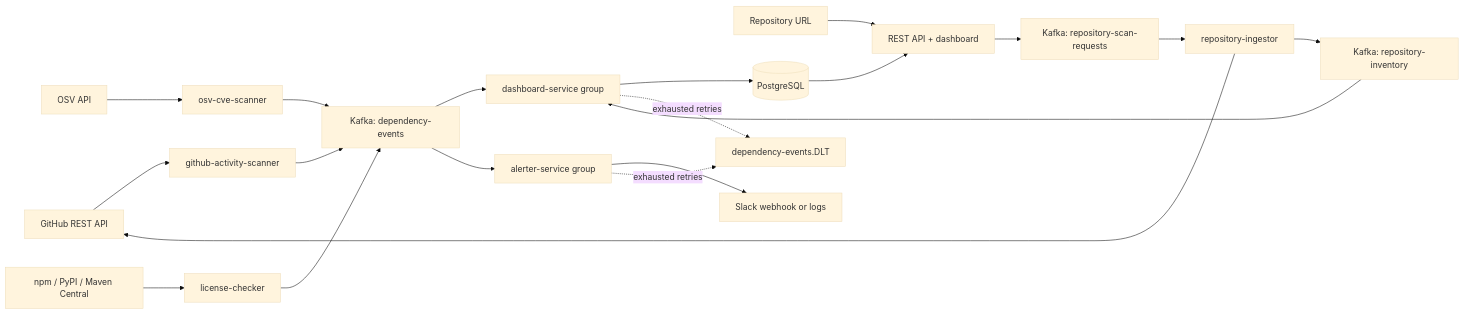
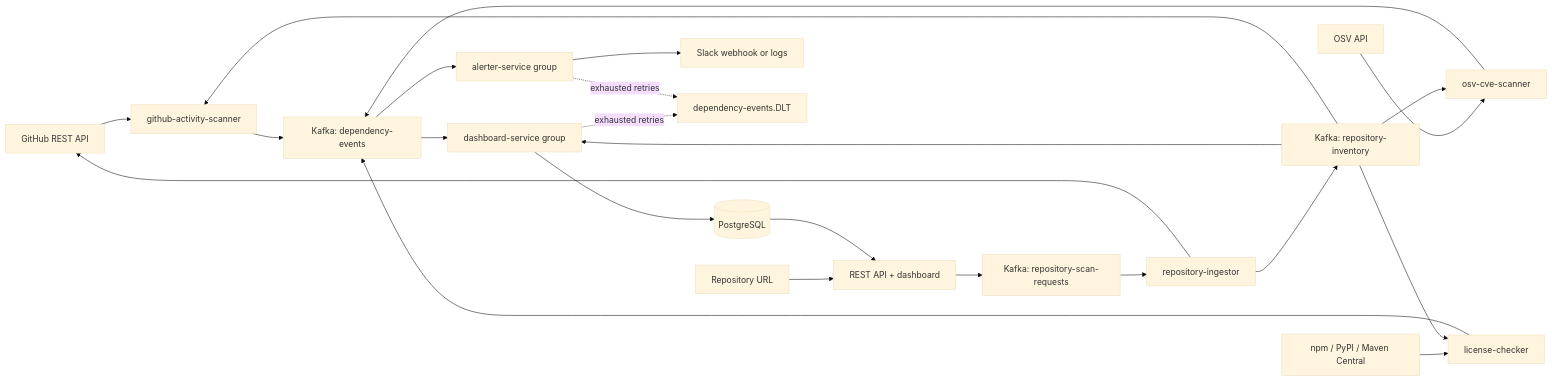
One commit to aravdash/dependencymonitor changed the diagram in README.md. Above: the diagram before and after it, drawn with Mermaid (base theme). The commit also changed other lines of this file and 26 other files, not shown here.

````diff
--- a/README.md
+++ b/README.md
@@ -5,22 +5,25 @@
 ```mermaid
 flowchart LR
   GitHub[GitHub REST API] --> G[github-activity-scanner]
   OSV[OSV API] --> O[osv-cve-scanner]
   Registries[npm / PyPI / Maven Central] --> L[license-checker]
   User[Repository URL] --> UI[Dashboard]
   UI --> RQ[Kafka: repository-scan-requests]
   RQ --> R[repository-ingestor]
   R --> GitHub
   R --> INV[Kafka: repository-inventory]
   INV --> D
+  INV --> G
+  INV --> O
+  INV --> L
   G --> K[Kafka: dependency-events]
   O --> K
   L --> K
   K --> D[dashboard-service group]
   K --> A[alerter-service group]
   D --> DB[(PostgreSQL)]
   DB --> UI[REST API + dashboard]
   A --> W[Slack webhook or logs]
   D -. exhausted retries .-> DLQ[dependency-events.DLT]
   A -. exhausted retries .-> DLQ
 ```
````
